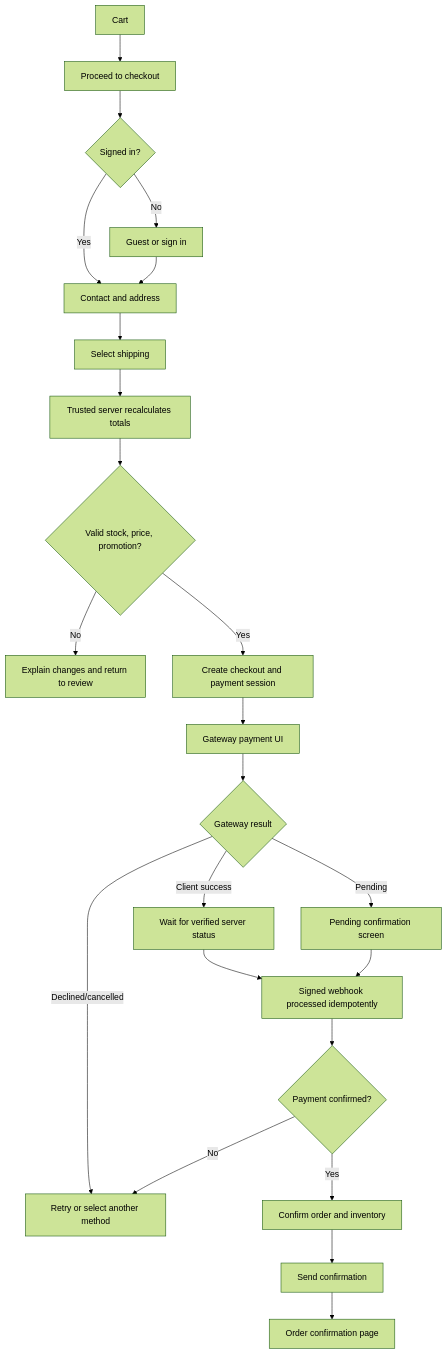
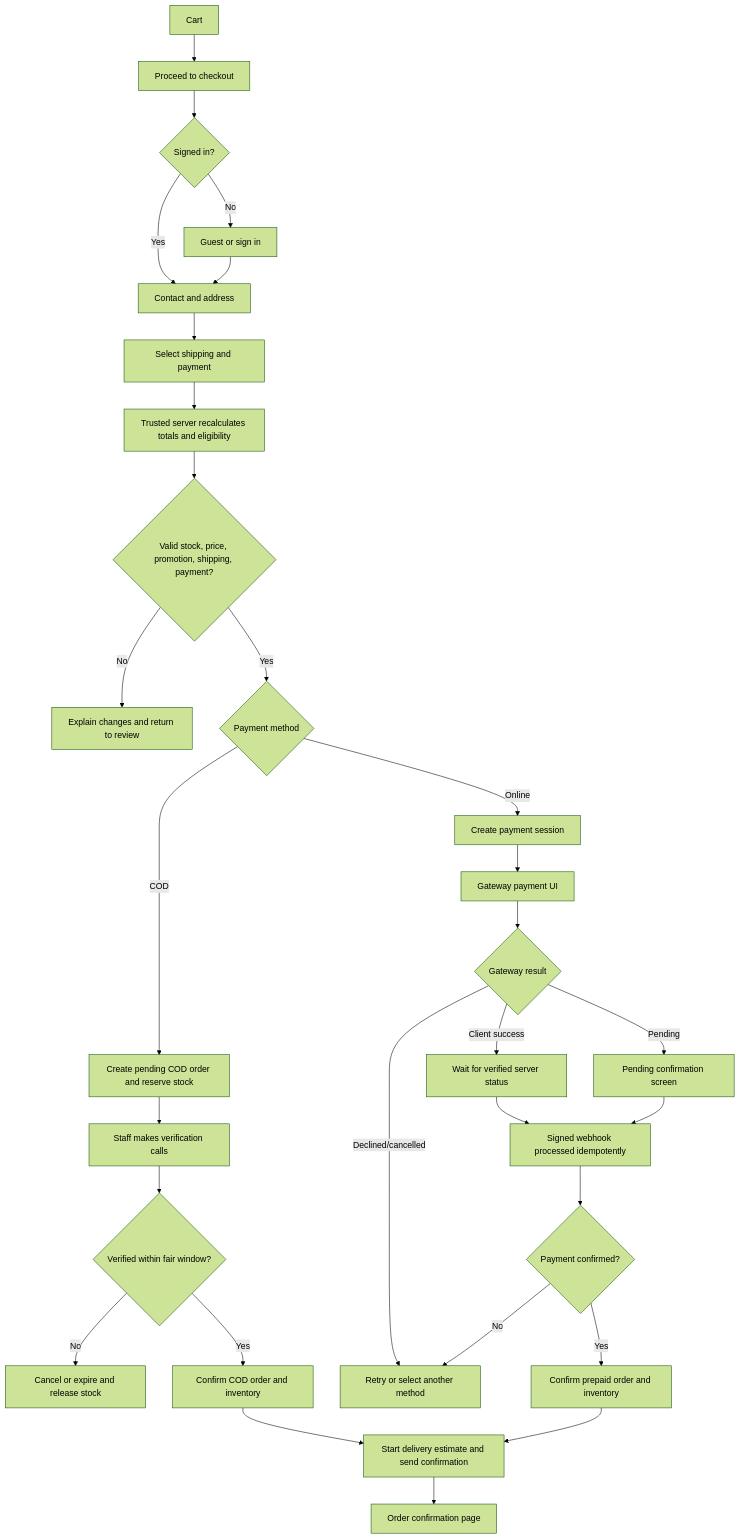
The second of 9 diagrams in APPFLOW.md (umairali2/softglam), drawn with Mermaid (forest theme) before and after one commit. The commit also changed other lines of this file and 110 other files, not shown here.

First line of the commit message:
Establish Laravel backend and delivery roadmap

````diff
--- a/APPFLOW.md
+++ b/APPFLOW.md
@@ -61,25 +61,32 @@
 ```mermaid
 flowchart TD
   A[Cart] --> B[Proceed to checkout]
   B --> C{Signed in?}
   C -->|No| D[Guest or sign in]
   C -->|Yes| E[Contact and address]
   D --> E
-  E --> F[Select shipping]
-  F --> G[Trusted server recalculates totals]
-  G --> H{Valid stock, price, promotion?}
+  E --> F[Select shipping and payment]
+  F --> G[Trusted server recalculates totals and eligibility]
+  G --> H{Valid stock, price, promotion, shipping, payment?}
   H -->|No| I[Explain changes and return to review]
-  H -->|Yes| J[Create checkout and payment session]
-  J --> K[Gateway payment UI]
-  K --> L{Gateway result}
-  L -->|Declined/cancelled| M[Retry or select another method]
-  L -->|Pending| N[Pending confirmation screen]
-  L -->|Client success| O[Wait for verified server status]
-  O --> P[Signed webhook processed idempotently]
-  N --> P
-  P --> Q{Payment confirmed?}
-  Q -->|No| M
-  Q -->|Yes| R[Confirm order and inventory]
-  R --> S[Send confirmation]
-  S --> T[Order confirmation page]
+  H -->|Yes| J{Payment method}
+  J -->|COD| K[Create pending COD order and reserve stock]
+  K --> L[Staff makes verification calls]
+  L --> M{Verified within fair window?}
+  M -->|No| N[Cancel or expire and release stock]
+  M -->|Yes| O[Confirm COD order and inventory]
+  J -->|Online| P[Create payment session]
+  P --> Q[Gateway payment UI]
+  Q --> R{Gateway result}
+  R -->|Declined/cancelled| S[Retry or select another method]
+  R -->|Pending| T[Pending confirmation screen]
+  R -->|Client success| U[Wait for verified server status]
+  U --> V[Signed webhook processed idempotently]
+  T --> V
+  V --> W{Payment confirmed?}
+  W -->|No| S
+  W -->|Yes| X[Confirm prepaid order and inventory]
+  O --> Y[Start delivery estimate and send confirmation]
+  X --> Y
+  Y --> Z[Order confirmation page]
 ```
````
